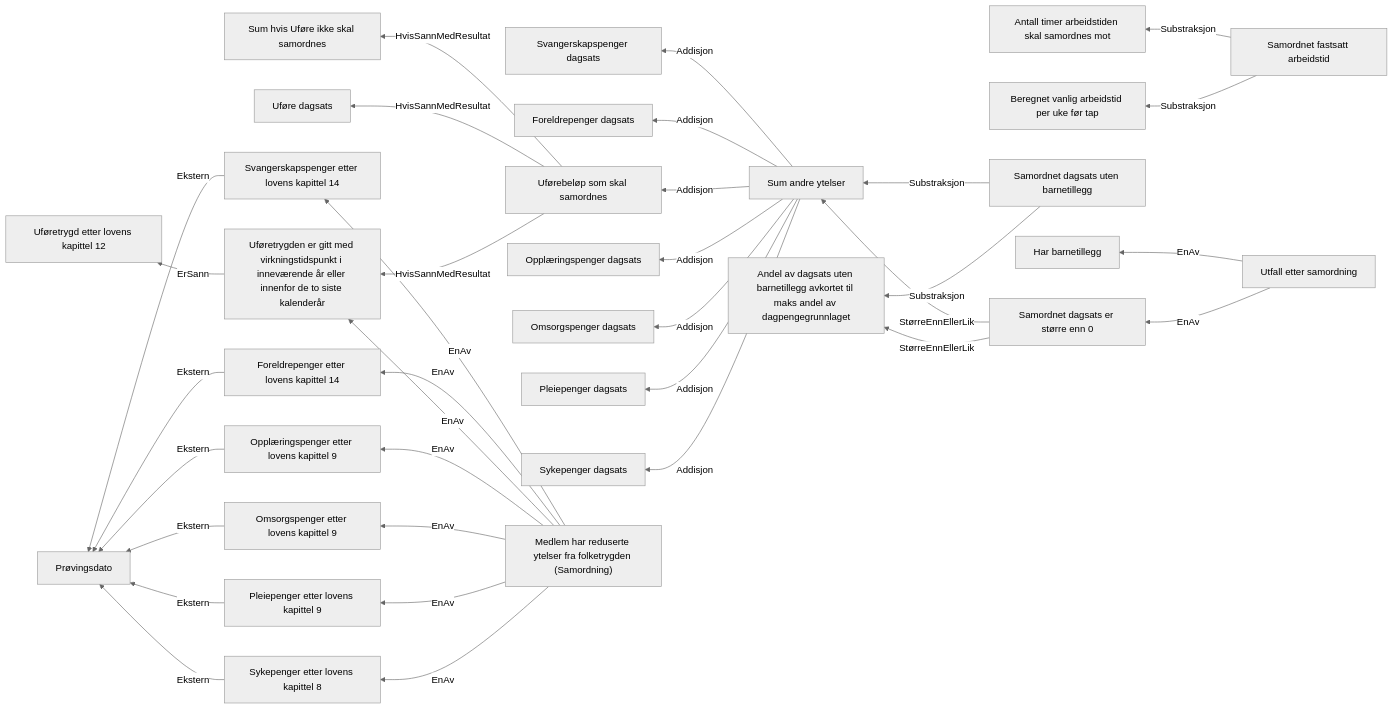
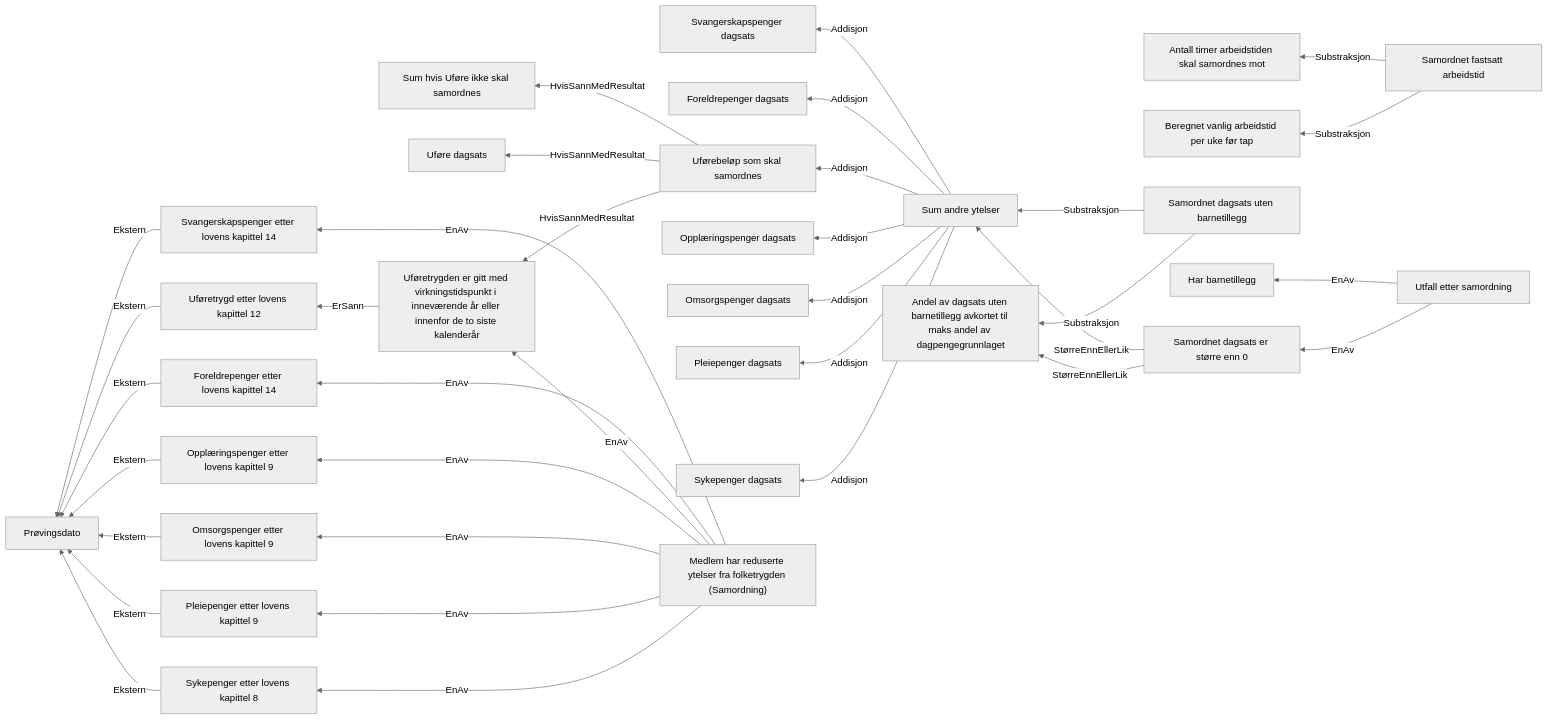
One commit to navikt/dp-behandling changed the diagram in docs/regler/§ 4-25.Samordning med reduserte ytelser fra folketrygden, eller redusert avtalefestet pensjon.approved.md. Above: the diagram before and after it, drawn with Mermaid (neutral theme). The commit also changed 39 other files, not shown here.

Commit message:
Legg til oppslag av om bruker har uføretrygd

````diff
--- a/docs/regler/§ 4-25.Samordning med reduserte ytelser fra folketrygden, eller redusert avtalefestet pensjon.approved.md
+++ b/docs/regler/§ 4-25.Samordning med reduserte ytelser fra folketrygden, eller redusert avtalefestet pensjon.approved.md
@@ -5,35 +5,36 @@
 ```mermaid
 graph RL
   A["Sykepenger etter lovens kapittel 8"] -->|"Ekstern"| B["Prøvingsdato"]
   C["Pleiepenger etter lovens kapittel 9"] -->|"Ekstern"| B["Prøvingsdato"]
   D["Omsorgspenger etter lovens kapittel 9"] -->|"Ekstern"| B["Prøvingsdato"]
   E["Opplæringspenger etter lovens kapittel 9"] -->|"Ekstern"| B["Prøvingsdato"]
   F["Foreldrepenger etter lovens kapittel 14"] -->|"Ekstern"| B["Prøvingsdato"]
   G["Svangerskapspenger etter lovens kapittel 14"] -->|"Ekstern"| B["Prøvingsdato"]
-  H["Uføretrygden er gitt med virkningstidspunkt i inneværende år eller innenfor de to siste kalenderår"] -->|"ErSann"| I["Uføretrygd etter lovens kapittel 12"]
+  H["Uføretrygd etter lovens kapittel 12"] -->|"Ekstern"| B["Prøvingsdato"]
+  I["Uføretrygden er gitt med virkningstidspunkt i inneværende år eller innenfor de to siste kalenderår"] -->|"ErSann"| H["Uføretrygd etter lovens kapittel 12"]
   J["Samordnet fastsatt arbeidstid"] -->|"Substraksjon"| K["Beregnet vanlig arbeidstid per uke før tap"]
   J["Samordnet fastsatt arbeidstid"] -->|"Substraksjon"| L["Antall timer arbeidstiden skal samordnes mot"]
-  M["Uførebeløp som skal samordnes"] -->|"HvisSannMedResultat"| H["Uføretrygden er gitt med virkningstidspunkt i inneværende år eller innenfor de to siste kalenderår"]
+  M["Uførebeløp som skal samordnes"] -->|"HvisSannMedResultat"| I["Uføretrygden er gitt med virkningstidspunkt i inneværende år eller innenfor de to siste kalenderår"]
   M["Uførebeløp som skal samordnes"] -->|"HvisSannMedResultat"| N["Uføre dagsats"]
   M["Uførebeløp som skal samordnes"] -->|"HvisSannMedResultat"| O["Sum hvis Uføre ikke skal samordnes"]
   P["Sum andre ytelser"] -->|"Addisjon"| Q["Sykepenger dagsats"]
   P["Sum andre ytelser"] -->|"Addisjon"| R["Pleiepenger dagsats"]
   P["Sum andre ytelser"] -->|"Addisjon"| S["Omsorgspenger dagsats"]
   P["Sum andre ytelser"] -->|"Addisjon"| T["Opplæringspenger dagsats"]
   P["Sum andre ytelser"] -->|"Addisjon"| M["Uførebeløp som skal samordnes"]
   P["Sum andre ytelser"] -->|"Addisjon"| U["Foreldrepenger dagsats"]
   P["Sum andre ytelser"] -->|"Addisjon"| V["Svangerskapspenger dagsats"]
   W["Samordnet dagsats uten barnetillegg"] -->|"Substraksjon"| X["Andel av dagsats uten barnetillegg avkortet til maks andel av dagpengegrunnlaget"]
   W["Samordnet dagsats uten barnetillegg"] -->|"Substraksjon"| P["Sum andre ytelser"]
   Y["Samordnet dagsats er større enn 0"] -->|"StørreEnnEllerLik"| X["Andel av dagsats uten barnetillegg avkortet til maks andel av dagpengegrunnlaget"]
   Y["Samordnet dagsats er større enn 0"] -->|"StørreEnnEllerLik"| P["Sum andre ytelser"]
   Z["Utfall etter samordning"] -->|"EnAv"| Y["Samordnet dagsats er større enn 0"]
   Z["Utfall etter samordning"] -->|"EnAv"| AA["Har barnetillegg"]
   AB["Medlem har reduserte ytelser fra folketrygden (Samordning)"] -->|"EnAv"| A["Sykepenger etter lovens kapittel 8"]
   AB["Medlem har reduserte ytelser fra folketrygden (Samordning)"] -->|"EnAv"| C["Pleiepenger etter lovens kapittel 9"]
   AB["Medlem har reduserte ytelser fra folketrygden (Samordning)"] -->|"EnAv"| D["Omsorgspenger etter lovens kapittel 9"]
   AB["Medlem har reduserte ytelser fra folketrygden (Samordning)"] -->|"EnAv"| E["Opplæringspenger etter lovens kapittel 9"]
-  AB["Medlem har reduserte ytelser fra folketrygden (Samordning)"] -->|"EnAv"| H["Uføretrygden er gitt med virkningstidspunkt i inneværende år eller innenfor de to siste kalenderår"]
+  AB["Medlem har reduserte ytelser fra folketrygden (Samordning)"] -->|"EnAv"| I["Uføretrygden er gitt med virkningstidspunkt i inneværende år eller innenfor de to siste kalenderår"]
   AB["Medlem har reduserte ytelser fra folketrygden (Samordning)"] -->|"EnAv"| F["Foreldrepenger etter lovens kapittel 14"]
   AB["Medlem har reduserte ytelser fra folketrygden (Samordning)"] -->|"EnAv"| G["Svangerskapspenger etter lovens kapittel 14"]
 ```
````
